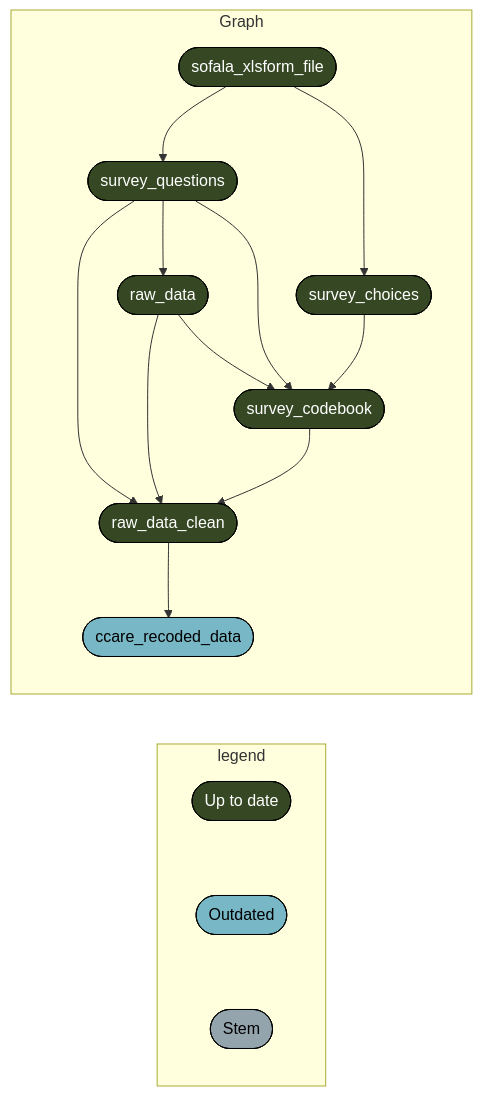
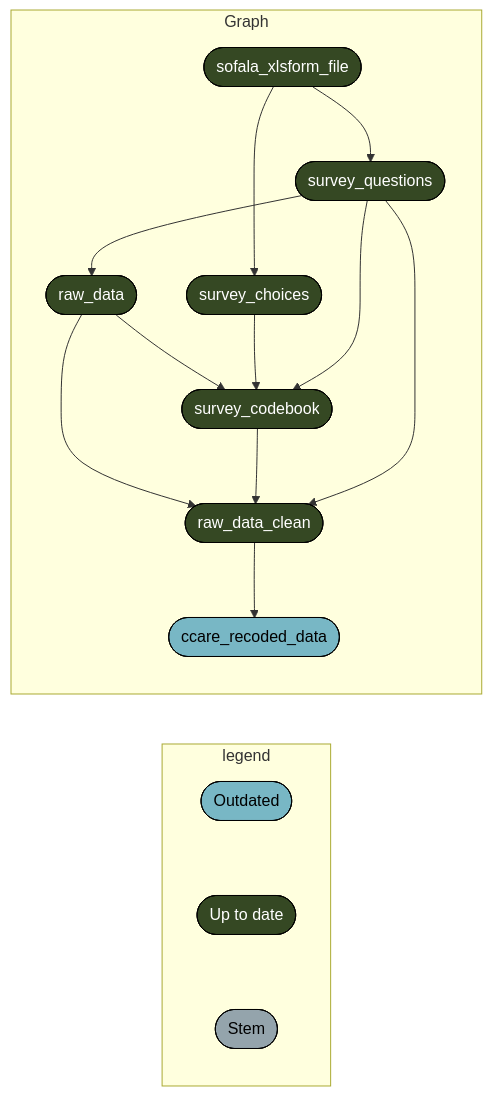
One commit to katilingban/mozambique-s3m changed the fourth of 15 diagrams in README.md. Above: the diagram before and after it, drawn with Mermaid. The commit also changed other lines of this file and 1 other file, not shown here.

````diff
--- a/README.md
+++ b/README.md
@@ -125,24 +130,24 @@
 ``` mermaid
 graph LR
   subgraph legend
-    x7420bd9270f8d27d([""Up to date""]):::uptodate --- x0a52b03877696646([""Outdated""]):::outdated
-    x0a52b03877696646([""Outdated""]):::outdated --- xbf4603d6c2c2ad6b([""Stem""]):::none
+    x0a52b03877696646([""Outdated""]):::outdated --- x7420bd9270f8d27d([""Up to date""]):::uptodate
+    x7420bd9270f8d27d([""Up to date""]):::uptodate --- xbf4603d6c2c2ad6b([""Stem""]):::none
   end
   subgraph Graph
+    x52eeb21c389d52d8(["sofala_xlsform_file"]):::uptodate --> x0c65864d89dfd824(["survey_questions"]):::uptodate
+    x136e4e85e6851637(["raw_data"]):::uptodate --> xfcfc1959dbba8ed3(["survey_codebook"]):::uptodate
+    x5aed27afbde18e19(["survey_choices"]):::uptodate --> xfcfc1959dbba8ed3(["survey_codebook"]):::uptodate
+    x0c65864d89dfd824(["survey_questions"]):::uptodate --> xfcfc1959dbba8ed3(["survey_codebook"]):::uptodate
     x09e58614f2343db8(["raw_data_clean"]):::uptodate --> x3c8b244f6e4168fe(["ccare_recoded_data"]):::outdated
     x136e4e85e6851637(["raw_data"]):::uptodate --> x09e58614f2343db8(["raw_data_clean"]):::uptodate
     xfcfc1959dbba8ed3(["survey_codebook"]):::uptodate --> x09e58614f2343db8(["raw_data_clean"]):::uptodate
     x0c65864d89dfd824(["survey_questions"]):::uptodate --> x09e58614f2343db8(["raw_data_clean"]):::uptodate
+    x52eeb21c389d52d8(["sofala_xlsform_file"]):::uptodate --> x5aed27afbde18e19(["survey_choices"]):::uptodate
     x0c65864d89dfd824(["survey_questions"]):::uptodate --> x136e4e85e6851637(["raw_data"]):::uptodate
-    x52eeb21c389d52d8(["sofala_xlsform_file"]):::uptodate --> x0c65864d89dfd824(["survey_questions"]):::uptodate
-    x136e4e85e6851637(["raw_data"]):::uptodate --> xfcfc1959dbba8ed3(["survey_codebook"]):::uptodate
-    x5aed27afbde18e19(["survey_choices"]):::uptodate --> xfcfc1959dbba8ed3(["survey_codebook"]):::uptodate
-    x0c65864d89dfd824(["survey_questions"]):::uptodate --> xfcfc1959dbba8ed3(["survey_codebook"]):::uptodate
-    x52eeb21c389d52d8(["sofala_xlsform_file"]):::uptodate --> x5aed27afbde18e19(["survey_choices"]):::uptodate
   end
+  classDef outdated stroke:#000000,color:#000000,fill:#78B7C5;
   classDef uptodate stroke:#000000,color:#ffffff,fill:#354823;
-  classDef outdated stroke:#000000,color:#000000,fill:#78B7C5;
   classDef none stroke:#000000,color:#000000,fill:#94a4ac;
   linkStyle 0 stroke-width:0px;
   linkStyle 1 stroke-width:0px;
 ```
````
